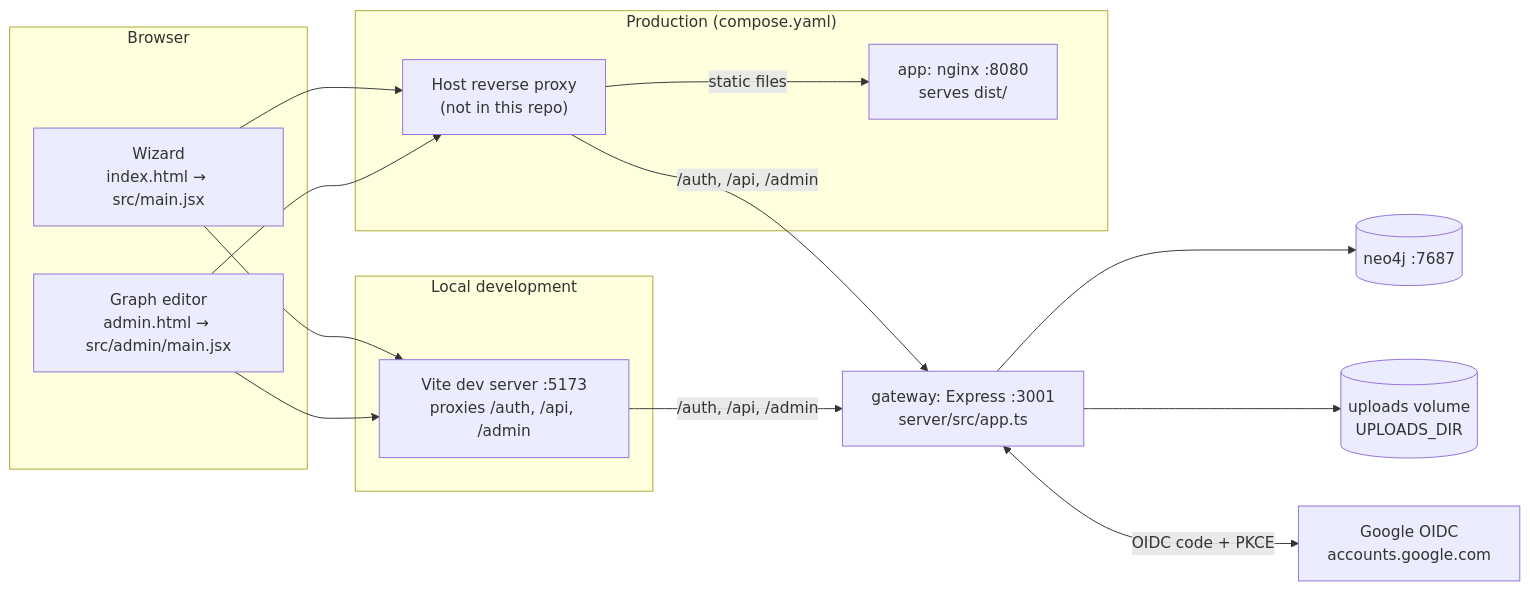
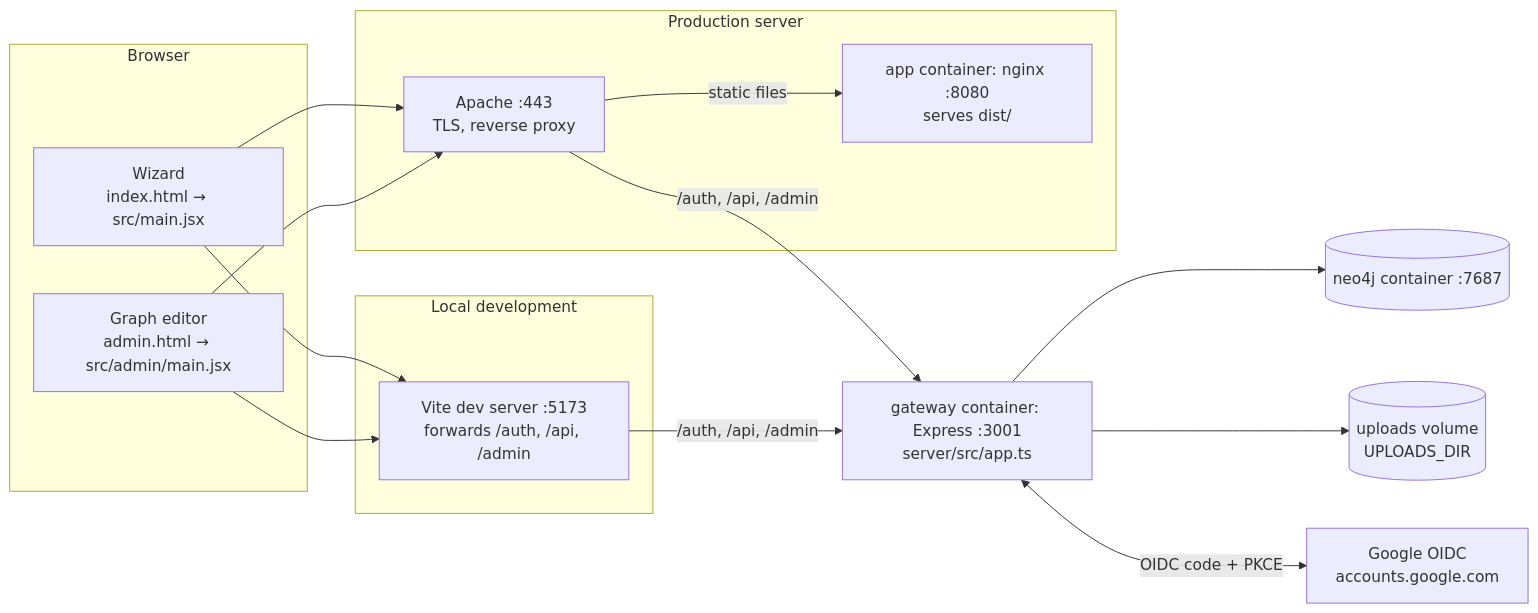
One commit to INFERable-app/USCCF-digital-planning-tool changed the first of 2 diagrams in docs/architecture.md. Above: the diagram before and after it, drawn with Mermaid. The commit also changed other lines of this file and 5 other files, not shown here.

````diff
--- a/docs/architecture.md
+++ b/docs/architecture.md
@@ -10,32 +12,32 @@
 ```mermaid
 flowchart LR
     subgraph Browser
         W["Wizard<br/>index.html → src/main.jsx"]
         A["Graph editor<br/>admin.html → src/admin/main.jsx"]
     end
 
     subgraph Dev["Local development"]
-        V["Vite dev server :5173<br/>proxies /auth, /api, /admin"]
+        V["Vite dev server :5173<br/>forwards /auth, /api, /admin"]
     end
 
-    subgraph Prod["Production (compose.yaml)"]
-        RP["Host reverse proxy<br/>(not in this repo)"]
-        N["app: nginx :8080<br/>serves dist/"]
+    subgraph Prod["Production server"]
+        RP["Apache :443<br/>TLS, reverse proxy"]
+        N["app container: nginx :8080<br/>serves dist/"]
     end
 
-    G["gateway: Express :3001<br/>server/src/app.ts"]
-    DB[("neo4j :7687")]
+    G["gateway container: Express :3001<br/>server/src/app.ts"]
+    DB[("neo4j container :7687")]
     U[("uploads volume<br/>UPLOADS_DIR")]
     GO["Google OIDC<br/>accounts.google.com"]
 
     W --> V
     A --> V
     V -->|"/auth, /api, /admin"| G
     W --> RP
     A --> RP
     RP -->|static files| N
     RP -->|"/auth, /api, /admin"| G
     G --> DB
     G --> U
     G <-->|"OIDC code + PKCE"| GO
 ```
````
